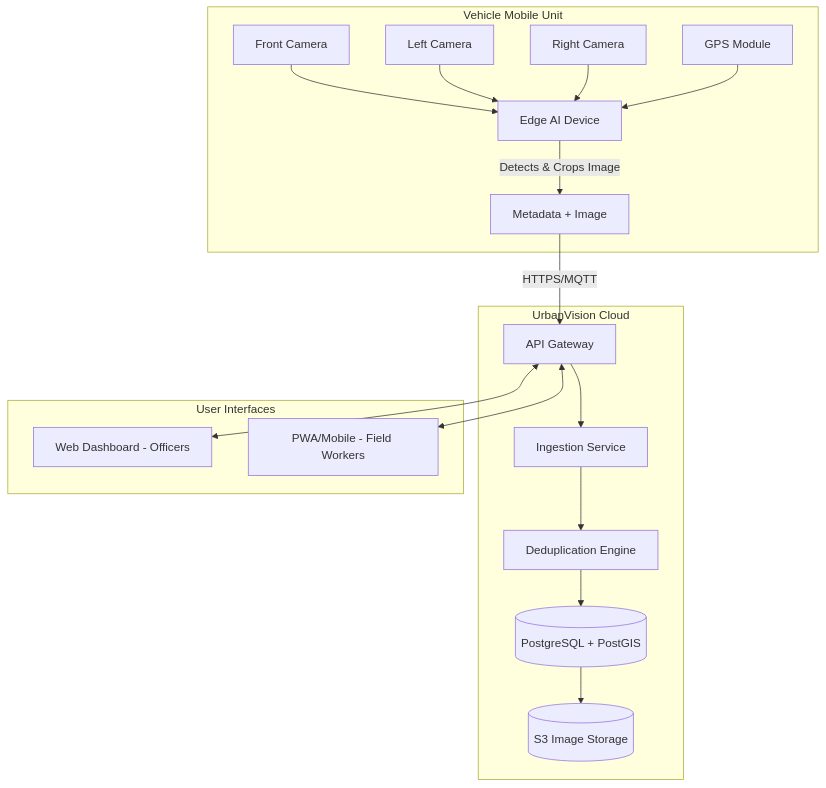
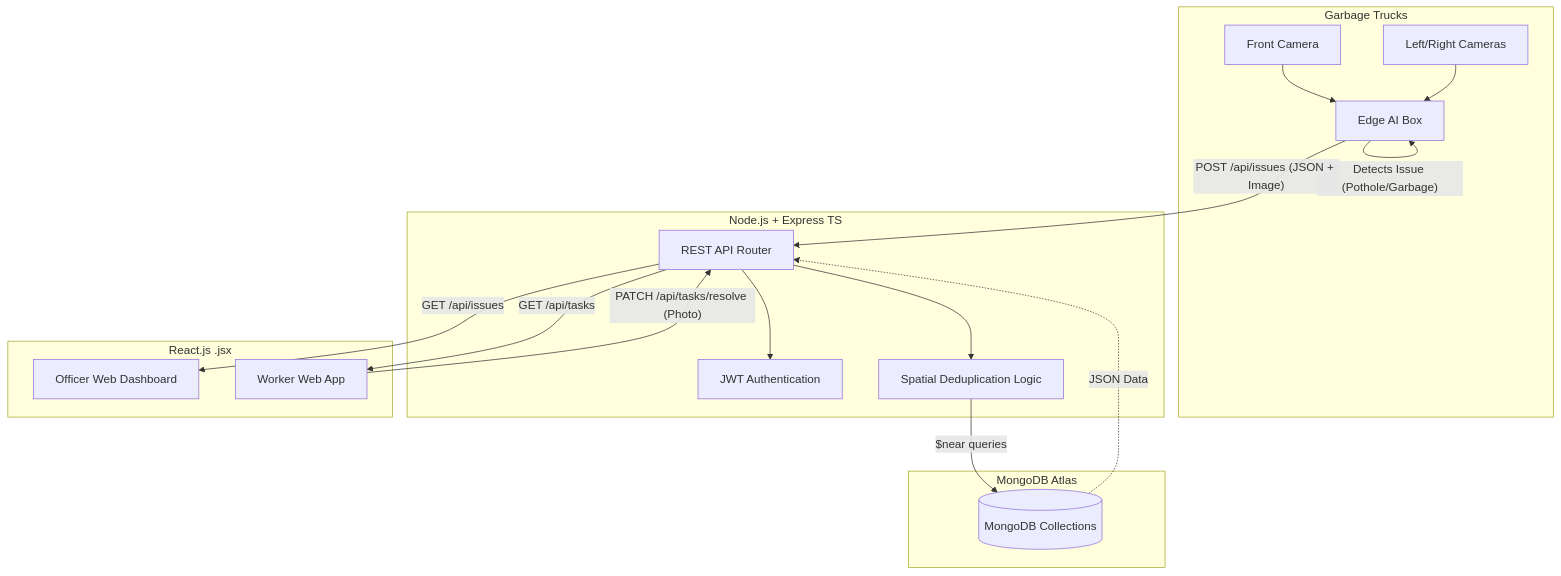
One commit to JayRathore10/UrbanVision changed the diagram in ARCHITECTURE.md. Above: the diagram before and after it, drawn with Mermaid. The commit also changed other lines of this file and 5 other files, not shown here.

````diff
--- a/ARCHITECTURE.md
+++ b/ARCHITECTURE.md
@@ -7,23 +7,29 @@
 ```mermaid
 graph TD
-    subgraph Edge Layer [Vehicle Mobile Unit]
-        C1[Front Camera] --> EdgeAI[Edge AI Device]
-        C2[Left Camera] --> EdgeAI
-        C3[Right Camera] --> EdgeAI
-        GPS[GPS Module] --> EdgeAI
-        EdgeAI -->|Detects & Crops Image| Meta[Metadata + Image]
+    subgraph Mobile Edge Units [Garbage Trucks]
+        C1[Front Camera] --> AI[Edge AI Box]
+        C2[Left/Right Cameras] --> AI
+        AI -- "Detects Issue (Pothole/Garbage)" --> AI
     end
 
-    subgraph Cloud Layer [UrbanVision Cloud]
-        Meta -->|HTTPS/MQTT| API[API Gateway]
-        API --> Ingestion[Ingestion Service]
-        Ingestion --> Dedup[Deduplication Engine]
-        Dedup --> DB[(PostgreSQL + PostGIS)]
-        DB --> ObjectStore[(S3 Image Storage)]
+    subgraph Cloud Backend [Node.js + Express TS]
+        API[REST API Router]
+        Auth[JWT Authentication]
+        Geospatial[Spatial Deduplication Logic]
+
+        AI -- "POST /api/issues (JSON + Image)" --> API
+        API --> Auth
+        API --> Geospatial
     end
 
-    subgraph Presentation Layer [User Interfaces]
-        API <--> Web[Web Dashboard - Officers]
-        API <--> Mobile[PWA/Mobile - Field Workers]
+    subgraph Database [MongoDB Atlas]
+        Geospatial -- "$near queries" --> DB[(MongoDB Collections)]
+    end
+
+    subgraph Client Interfaces [React.js .jsx]
+        DB -. "JSON Data" .-> API
+        API -- "GET /api/issues" --> Web[Officer Web Dashboard]
+        API -- "GET /api/tasks" --> Mobile[Worker Web App]
+        Mobile -- "PATCH /api/tasks/resolve (Photo)" --> API
     end
 ```
````
